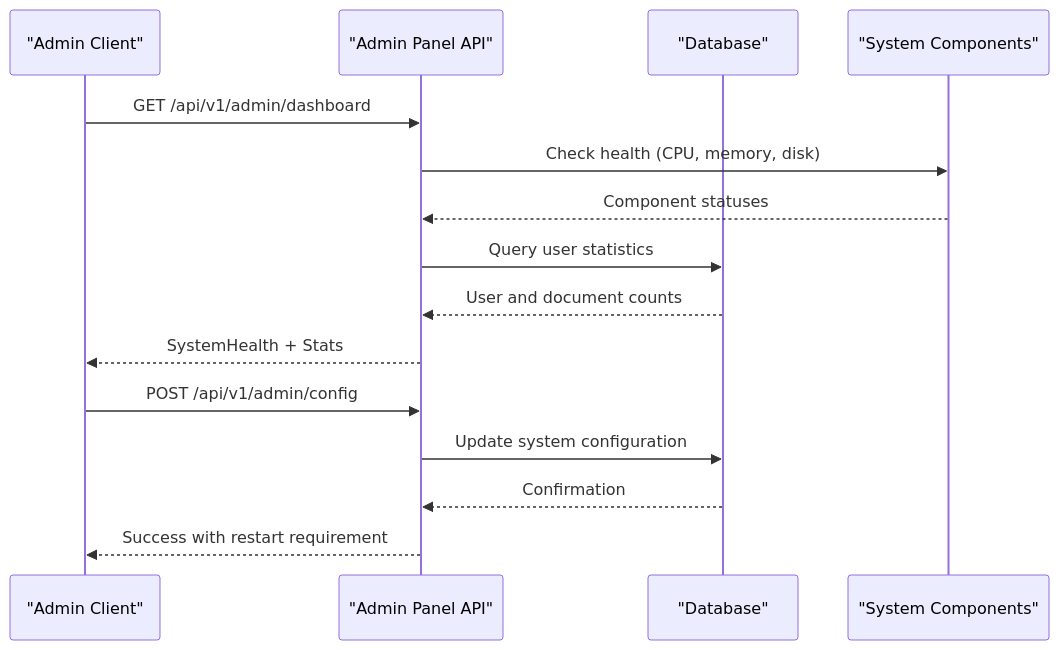
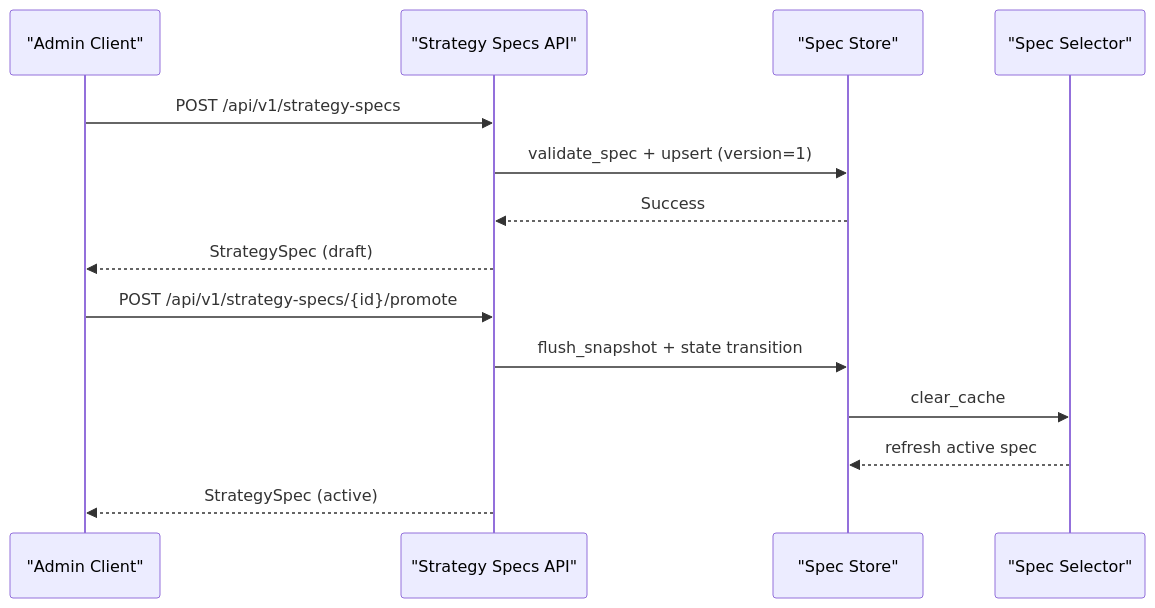
One commit to emanuelplopu/MongoDB-RAG-Agent changed the seventh of 9 diagrams in .qoder/repowiki/en/content/API Reference/API Reference.md. Above: the diagram before and after it, drawn with Mermaid. The commit also changed other lines of this file and 4 other files, not shown here.

First line of the commit message:
Add Strategy OS docs and update API refs

````diff
--- a/.qoder/repowiki/en/content/API Reference/API Reference.md
+++ b/.qoder/repowiki/en/content/API Reference/API Reference.md
@@ -1178,17 +1181,16 @@
 ```mermaid
 sequenceDiagram
 participant Admin as "Admin Client"
-participant AdminAPI as "Admin Panel API"
-participant DB as "Database"
-participant System as "System Components"
-Admin->>AdminAPI : GET /api/v1/admin/dashboard
-AdminAPI->>System : Check health (CPU, memory, disk)
-System-->>AdminAPI : Component statuses
-AdminAPI->>DB : Query user statistics
-DB-->>AdminAPI : User and document counts
-AdminAPI-->>Admin : SystemHealth + Stats
-Admin->>AdminAPI : POST /api/v1/admin/config
-AdminAPI->>DB : Update system configuration
-DB-->>AdminAPI : Confirmation
-AdminAPI-->>Admin : Success with restart requirement
+participant Specs as "Strategy Specs API"
+participant Store as "Spec Store"
+participant Selector as "Spec Selector"
+Admin->>Specs : POST /api/v1/strategy-specs
+Specs->>Store : validate_spec + upsert (version=1)
+Store-->>Specs : Success
+Specs-->>Admin : StrategySpec (draft)
+Admin->>Specs : POST /api/v1/strategy-specs/{id}/promote
+Specs->>Store : flush_snapshot + state transition
+Store->>Selector : clear_cache
+Selector-->>Store : refresh active spec
+Specs-->>Admin : StrategySpec (active)
 ```
````
